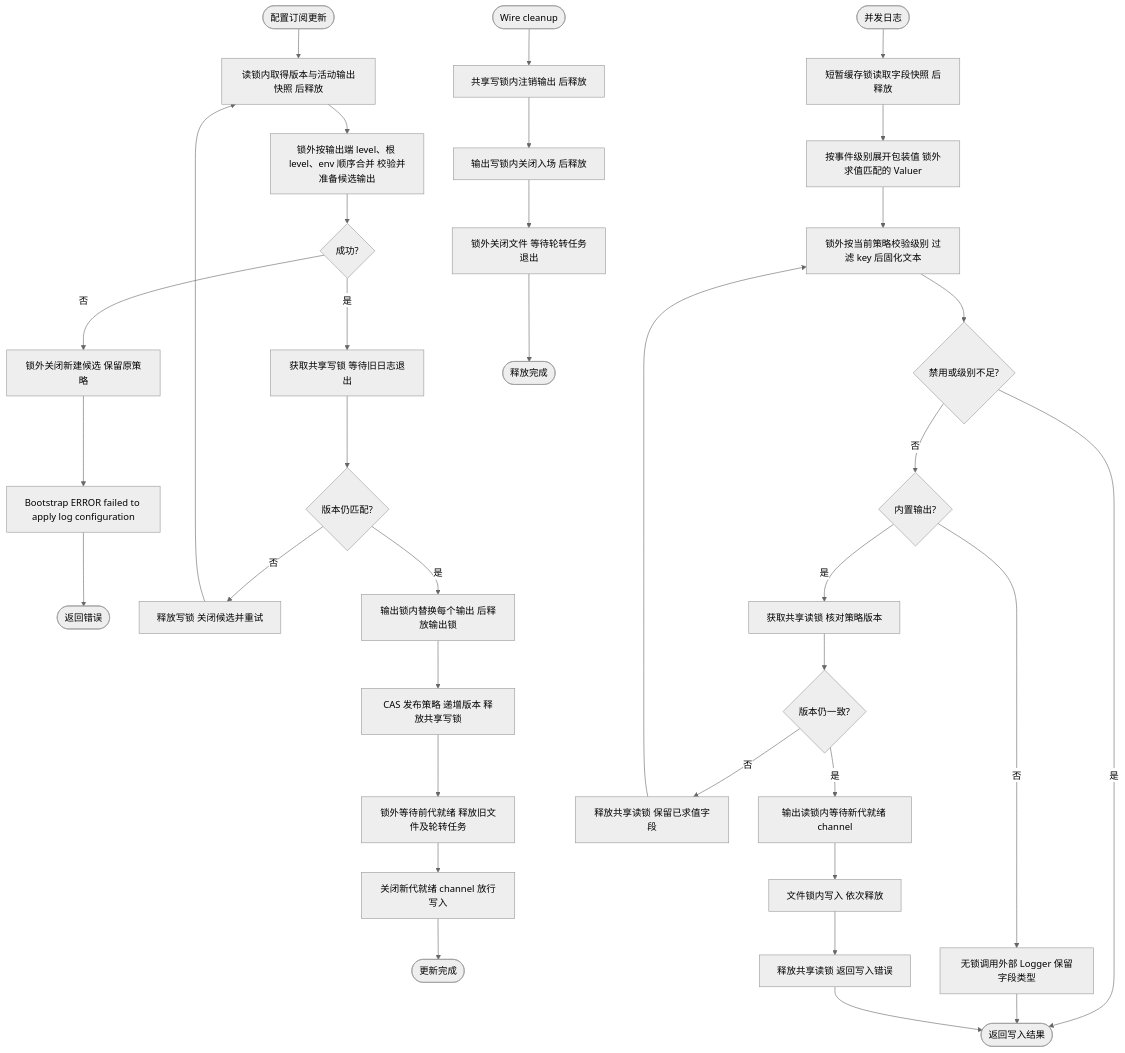
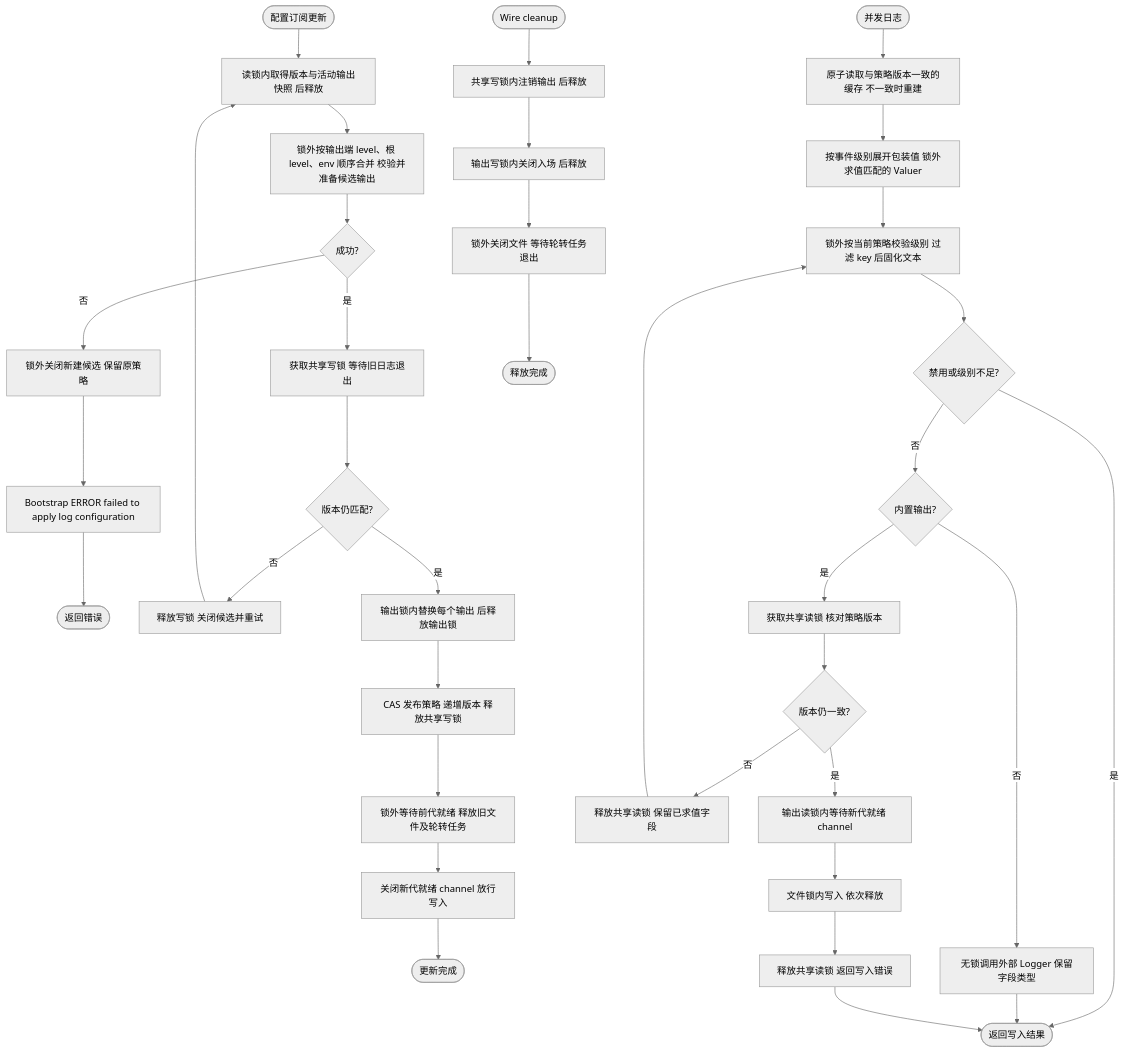
Before and after one commit to jaggerzhuang1994/kratos-foundation: the first of 7 diagrams in pkg/log/README.md, drawn with Mermaid (neutral theme). The commit also changed other lines of this file and 10 other files, not shown here.

````diff
--- a/pkg/log/README.md
+++ b/pkg/log/README.md
@@ -83,38 +83,38 @@
 ```mermaid
 flowchart TD
     A([配置订阅更新]) --> B[读锁内取得版本与活动输出快照 后释放]
     B --> C[锁外按输出端 level、根 level、env 顺序合并 校验并准备候选输出]
     C --> D{成功?}
     D -- 否 --> E[锁外关闭新建候选 保留原策略]
     E --> W[Bootstrap ERROR failed to apply log configuration]
     W --> Z([返回错误])
     D -- 是 --> F[获取共享写锁 等待旧日志退出]
     F --> G{版本仍匹配?}
     G -- 否 --> H[释放写锁 关闭候选并重试]
     H --> B
     G -- 是 --> I[输出锁内替换每个输出 后释放输出锁]
     I --> J[CAS 发布策略 递增版本 释放共享写锁]
     J --> K[锁外等待前代就绪 释放旧文件及轮转任务]
     K --> KA[关闭新代就绪 channel 放行写入]
     KA --> L([更新完成])
-    R([并发日志]) --> R1[短暂缓存锁读取字段快照 后释放]
+    R([并发日志]) --> R1[原子读取与策略版本一致的缓存 不一致时重建]
     R1 --> R2[按事件级别展开包装值 锁外求值匹配的 Valuer]
     R2 --> R3[锁外按当前策略校验级别 过滤 key 后固化文本]
     R3 --> R4{禁用或级别不足?}
     R4 -- 是 --> V([返回写入结果])
     R4 -- 否 --> R5{内置输出?}
     R5 -- 否 --> R6[无锁调用外部 Logger 保留字段类型]
     R6 --> V
     R5 -- 是 --> S[获取共享读锁 核对策略版本]
     S --> S1{版本仍一致?}
     S1 -- 否 --> S2[释放共享读锁 保留已求值字段]
     S2 --> R3
     S1 -- 是 --> SA[输出读锁内等待新代就绪 channel]
     SA --> T[文件锁内写入 依次释放]
     T --> U[释放共享读锁 返回写入错误]
     U --> V
     X([Wire cleanup]) --> Y[共享写锁内注销输出 后释放]
     Y --> AA[输出写锁内关闭入场 后释放]
     AA --> AB[锁外关闭文件 等待轮转任务退出]
     AB --> AC([释放完成])
 ```
````
